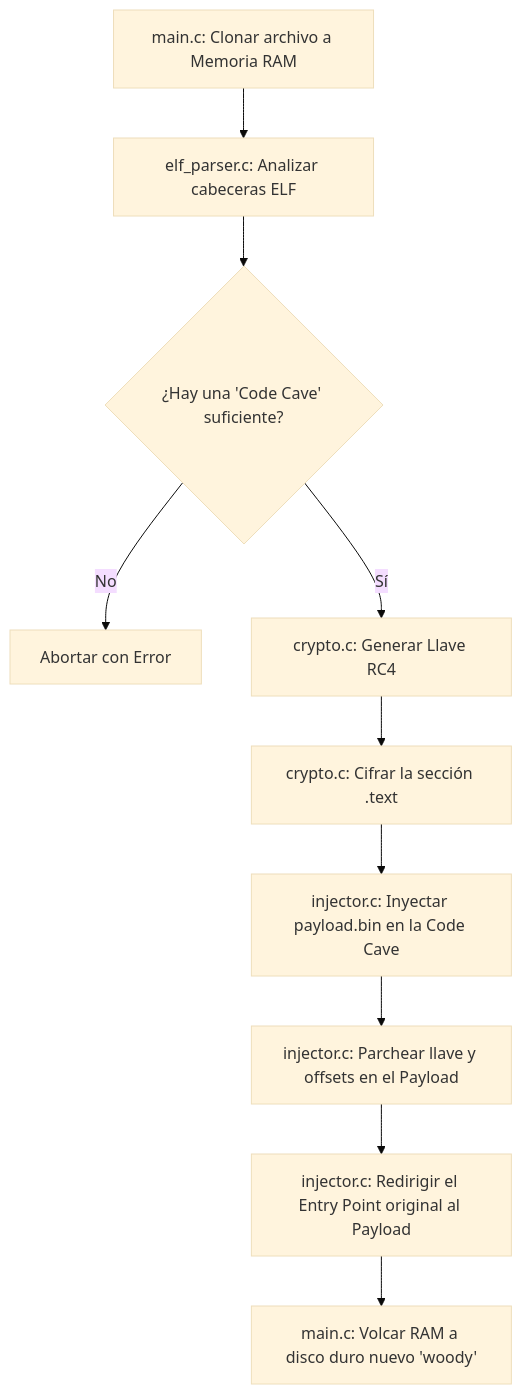
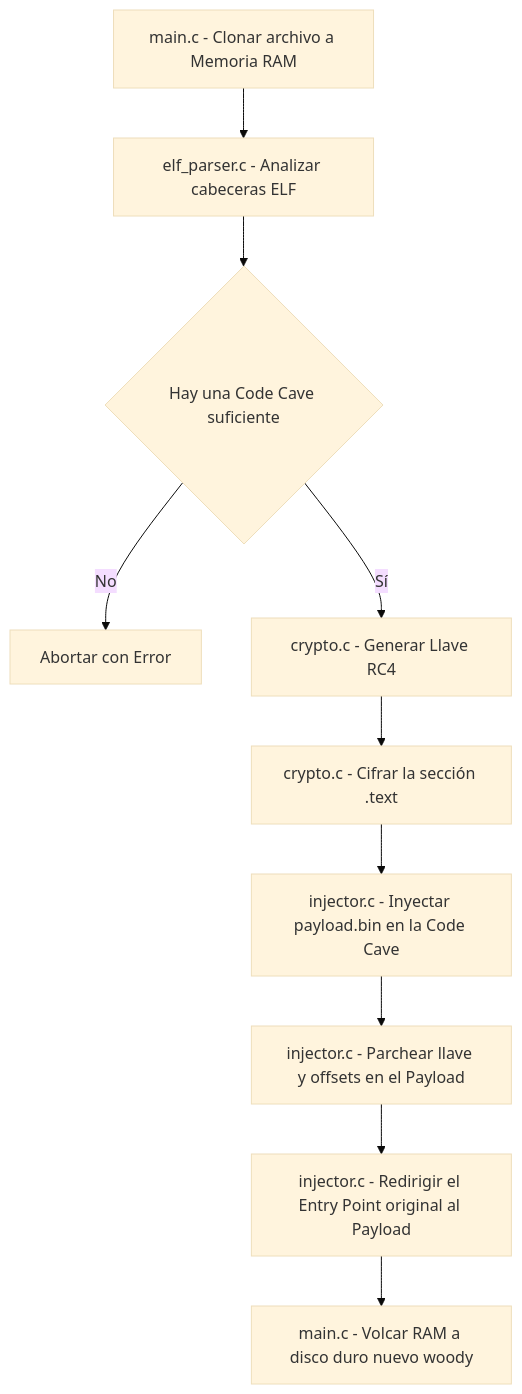
One commit to STC71/42_woody-woodpacker changed the diagram in code_src.md. Above: the diagram before and after it, drawn with Mermaid (base theme). The commit also changed 2 other files, not shown here.

Commit message:
docs: strictly sanitize mermaid node formatting to bypass GitHub diagram parser limits

````diff
--- a/code_src.md
+++ b/code_src.md
@@ -9,12 +9,12 @@
 ```mermaid
 graph TD
-    A["main.c: Clonar archivo a Memoria RAM"] --> B["elf_parser.c: Analizar cabeceras ELF"]
-    B --> C{"¿Hay una 'Code Cave' suficiente?"}
-    C -->|No| D["Abortar con Error"]
-    C -->|Sí| E["crypto.c: Generar Llave RC4"]
-    E --> F["crypto.c: Cifrar la sección .text"]
-    F --> G["injector.c: Inyectar payload.bin en la Code Cave"]
-    G --> H["injector.c: Parchear llave y offsets en el Payload"]
-    H --> I["injector.c: Redirigir el Entry Point original al Payload"]
-    I --> J["main.c: Volcar RAM a disco duro nuevo 'woody'"]
+    A[main.c - Clonar archivo a Memoria RAM] --> B[elf_parser.c - Analizar cabeceras ELF]
+    B --> C{Hay una Code Cave suficiente}
+    C -->|No| D[Abortar con Error]
+    C -->|Sí| E[crypto.c - Generar Llave RC4]
+    E --> F[crypto.c - Cifrar la sección .text]
+    F --> G[injector.c - Inyectar payload.bin en la Code Cave]
+    G --> H[injector.c - Parchear llave y offsets en el Payload]
+    H --> I[injector.c - Redirigir el Entry Point original al Payload]
+    I --> J[main.c - Volcar RAM a disco duro nuevo woody]
 ```
````
